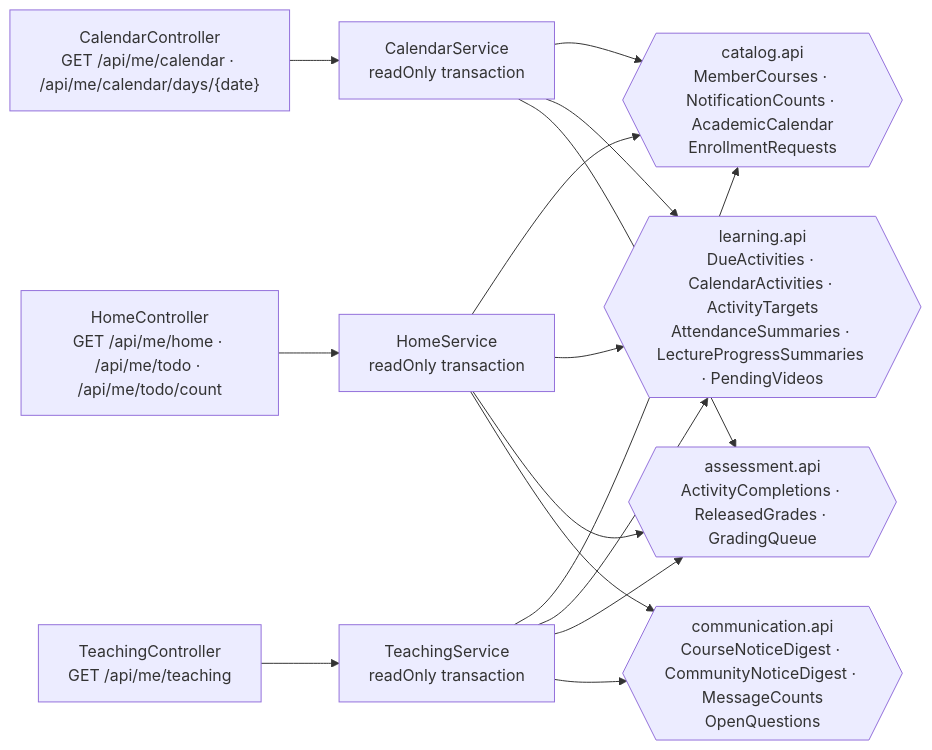
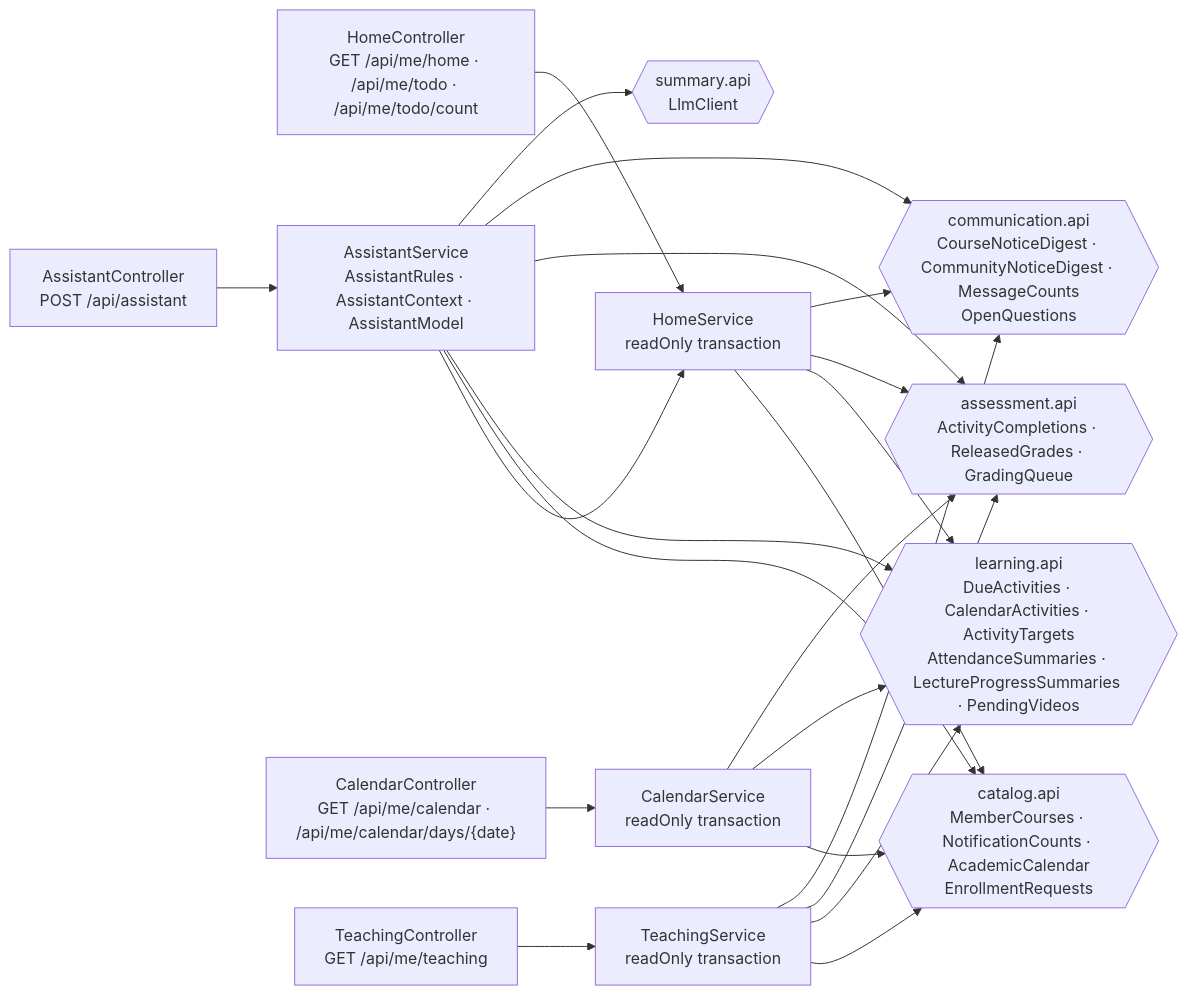
Before and after one commit to 2026ENDPoinT/team13: diagram 15 of 18 in backend/docs/c4.md, drawn with Mermaid. The commit also changed other lines of this file and 25 other files, not shown here.

First line of the commit message:
STAC-000 화면 AI 도우미 POST /api/assistant를 백엔드(home)로 옮긴다

````diff
--- a/backend/docs/c4.md
+++ b/backend/docs/c4.md
@@ -612,19 +612,24 @@
 ```mermaid
 flowchart LR
   HC["HomeController<br/>GET /api/me/home · /api/me/todo · /api/me/todo/count"]
+  AC["AssistantController<br/>POST /api/assistant"]
+  AS["AssistantService<br/>AssistantRules · AssistantContext · AssistantModel"]
+  SUM{{"summary.api<br/>LlmClient"}}
   CC["CalendarController<br/>GET /api/me/calendar · /api/me/calendar/days/{date}"]
   TC["TeachingController<br/>GET /api/me/teaching"]
   HS["HomeService<br/>readOnly transaction"]
   CS["CalendarService<br/>readOnly transaction"]
   TS["TeachingService<br/>readOnly transaction"]
   CAT{{"catalog.api<br/>MemberCourses · NotificationCounts · AcademicCalendar<br/>EnrollmentRequests"}}
   LRN{{"learning.api<br/>DueActivities · CalendarActivities · ActivityTargets<br/>AttendanceSummaries · LectureProgressSummaries · PendingVideos"}}
   ASM{{"assessment.api<br/>ActivityCompletions · ReleasedGrades · GradingQueue"}}
   COM{{"communication.api<br/>CourseNoticeDigest · CommunityNoticeDigest · MessageCounts<br/>OpenQuestions"}}
   HC --> HS
   CC --> CS
   TC --> TS
   HS --> CAT & LRN & ASM & COM
+  AC --> AS
+  AS --> HS & CAT & LRN & ASM & COM & SUM
   CS --> CAT & LRN & ASM
   TS --> CAT & LRN & ASM & COM
 ```
````
